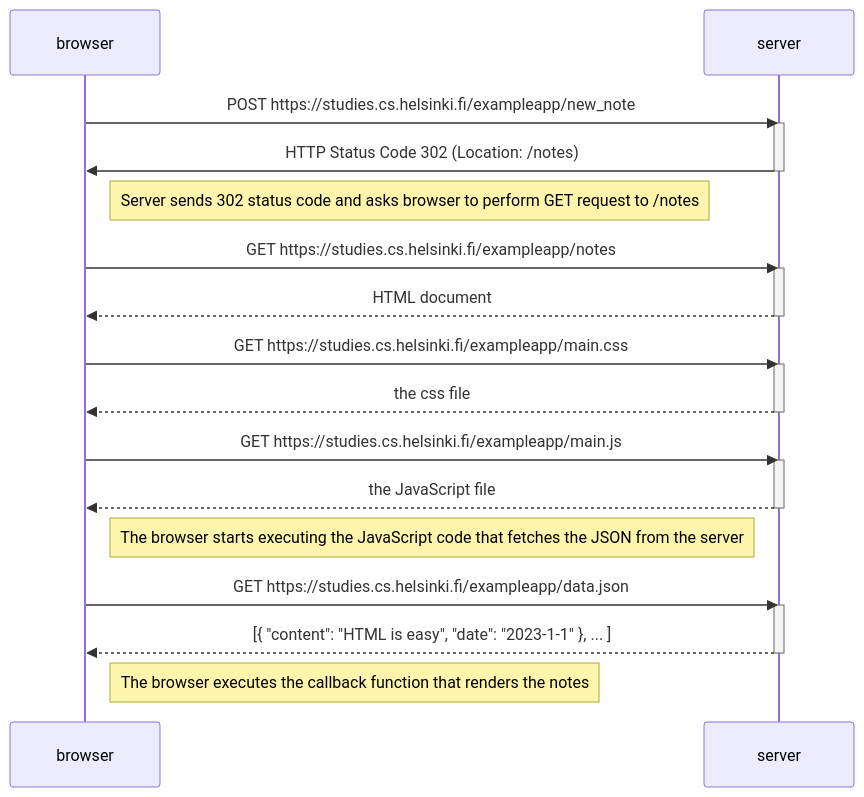
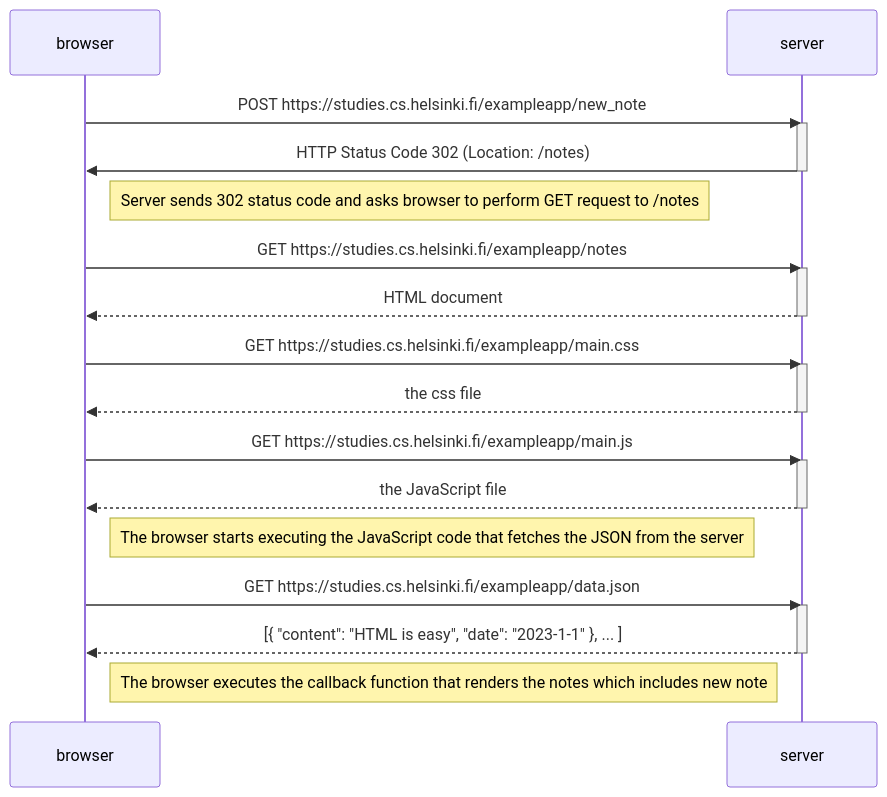
One commit to Dulakshan-16/fullstackopen_course changed the diagram in part0/part0.4.md. Above: the diagram before and after it, drawn with Mermaid.

````diff
--- a/part0/part0.4.md
+++ b/part0/part0.4.md
@@ -1,35 +1,35 @@
 ```mermaid
 sequenceDiagram
     participant browser
     participant server
 
     browser->>server: POST https://studies.cs.helsinki.fi/exampleapp/new_note
     activate server
     server->>browser: HTTP Status Code 302 (Location: /notes)
     deactivate server
     Note right of browser: Server sends 302 status code and asks browser to perform GET request to /notes
 
     browser->>server: GET https://studies.cs.helsinki.fi/exampleapp/notes
     activate server
     server-->>browser: HTML document
     deactivate server
 
     browser->>server: GET https://studies.cs.helsinki.fi/exampleapp/main.css
     activate server
     server-->>browser: the css file
     deactivate server
 
     browser->>server: GET https://studies.cs.helsinki.fi/exampleapp/main.js
     activate server
     server-->>browser: the JavaScript file
     deactivate server
 
     Note right of browser: The browser starts executing the JavaScript code that fetches the JSON from the server
 
     browser->>server: GET https://studies.cs.helsinki.fi/exampleapp/data.json
     activate server
     server-->>browser: [{ "content": "HTML is easy", "date": "2023-1-1" }, ... ]
     deactivate server
 
-    Note right of browser: The browser executes the callback function that renders the notes
+    Note right of browser: The browser executes the callback function that renders the notes which includes new note
 ```
````
